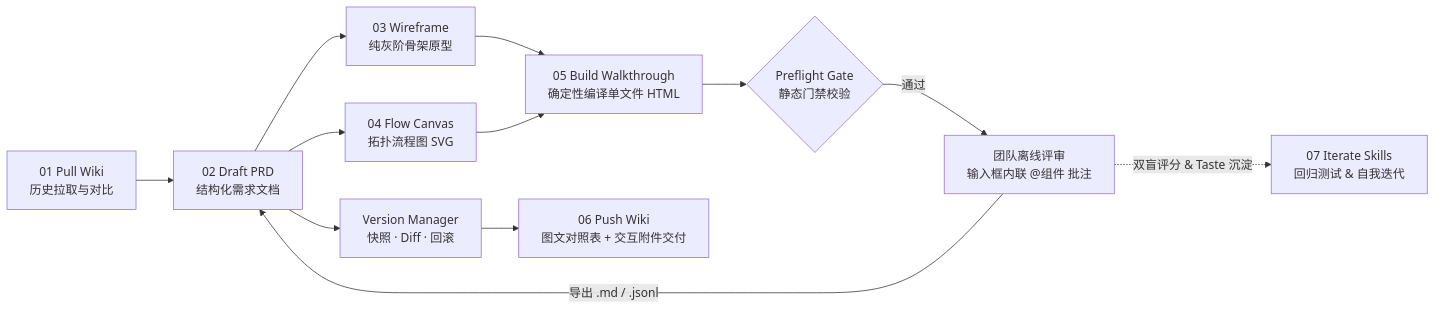
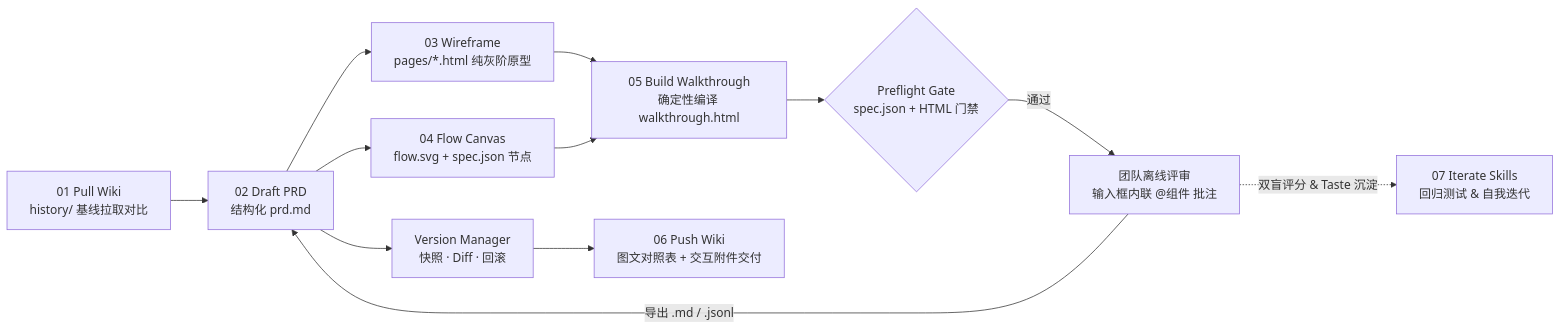
One commit to SilasSolivagus/OpenPM changed the diagram in README.md. Above: the diagram before and after it, drawn with Mermaid. The commit also changed other lines of this file and 117 other files, not shown here.

Commit message:
feat: amber #D97706 delta spot-color, wiki_sync CLI, strict preflight gate, memo persistence fixes, MIT license and full dual-demo alignment

````diff
--- a/README.md
+++ b/README.md
@@ -36,14 +36,14 @@
 ```mermaid
 flowchart LR
-  W1["01 Pull Wiki<br/>历史拉取与对比"] --> P["02 Draft PRD<br/>结构化需求文档"]
-  P --> W2["03 Wireframe<br/>纯灰阶骨架原型"]
-  P --> F["04 Flow Canvas<br/>拓扑流程图 SVG"]
-  W2 --> C["05 Build Walkthrough<br/>确定性编译单文件 HTML"]
+  W1["01 Pull Wiki<br/>history/ 基线拉取对比"] --> P["02 Draft PRD<br/>结构化 prd.md"]
+  P --> W2["03 Wireframe<br/>pages/*.html 纯灰阶原型"]
+  P --> F["04 Flow Canvas<br/>flow.svg + spec.json 节点"]
+  W2 --> C["05 Build Walkthrough<br/>确定性编译 walkthrough.html"]
   F --> C
-  C --> G{"Preflight Gate<br/>静态门禁校验"}
+  C --> G{"Preflight Gate<br/>spec.json + HTML 门禁"}
   G -- 通过 --> R["团队离线评审<br/>输入框内联 @组件 批注"]
   R -- 导出 .md / .jsonl --> P
   P --> V["Version Manager<br/>快照 · Diff · 回滚"]
   V --> W3["06 Push Wiki<br/>图文对照表 + 交互附件交付"]
   R -. 双盲评分 & Taste 沉淀 .-> I["07 Iterate Skills<br/>回归测试 & 自我迭代"]
 ```
````
